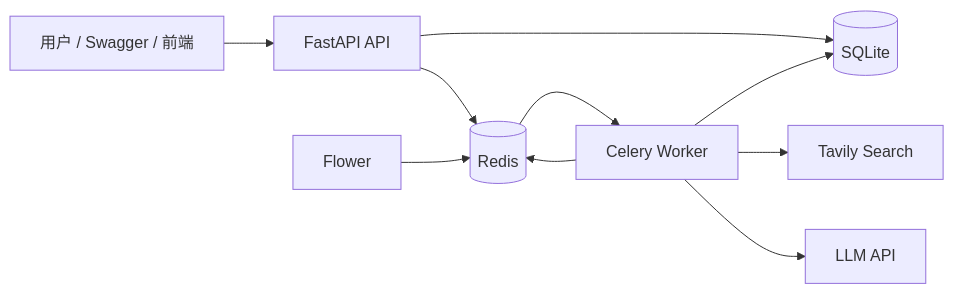
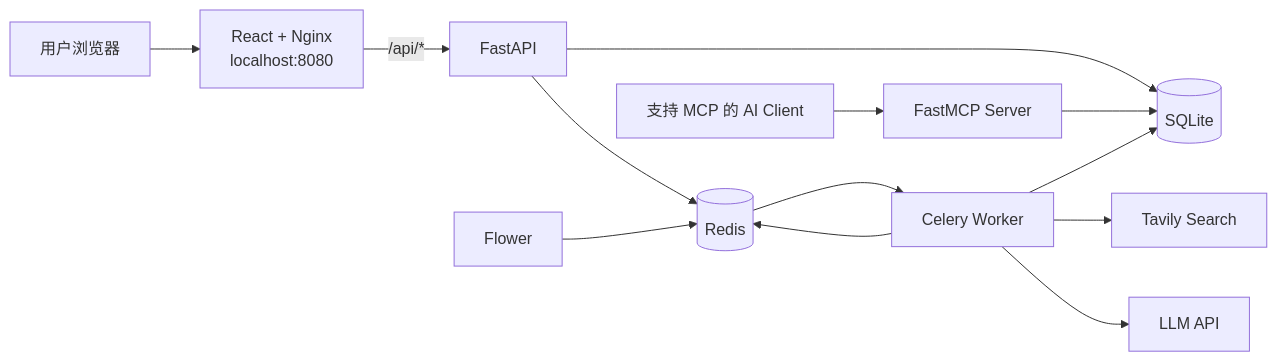
One commit to JiangC-J/multi-agent-research-report-assistant changed the diagram in README.md. Above: the diagram before and after it, drawn with Mermaid. The commit also changed other lines of this file and 8 other files, not shown here.

Commit message:
feat: add MCP server and Dockerized React frontend

````diff
--- a/README.md
+++ b/README.md
@@ -34,21 +42,30 @@
 ```mermaid
 flowchart LR
-    User[用户 / Swagger / 前端]
-    API[FastAPI API]
-    DB[(SQLite)]
-    Redis[(Redis)]
-    Worker[Celery Worker]
-    Flower[Flower]
-    Tavily[Tavily Search]
-    LLM[LLM API]
+    User["用户浏览器"]
+    AIClient["支持 MCP 的 AI Client"]
+    Frontend["React + Nginx<br/>localhost:8080"]
+    API["FastAPI"]
+    MCP["FastMCP Server"]
+    DB[("SQLite")]
+    Redis[("Redis")]
+    Worker["Celery Worker"]
+    Flower["Flower"]
+    Tavily["Tavily Search"]
+    LLM["LLM API"]
 
-    User --> API
+    User --> Frontend
+    Frontend -->|"/api/*"| API
+    AIClient --> MCP
+
     API --> DB
     API --> Redis
+    MCP --> DB
+
     Redis --> Worker
     Worker --> DB
     Worker --> Tavily
     Worker --> LLM
     Worker --> Redis
+
     Flower --> Redis
 ```
````
